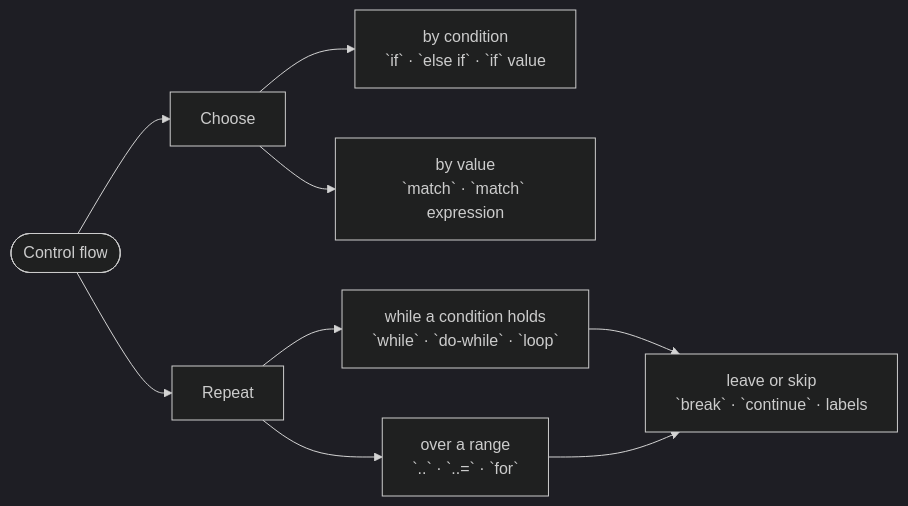
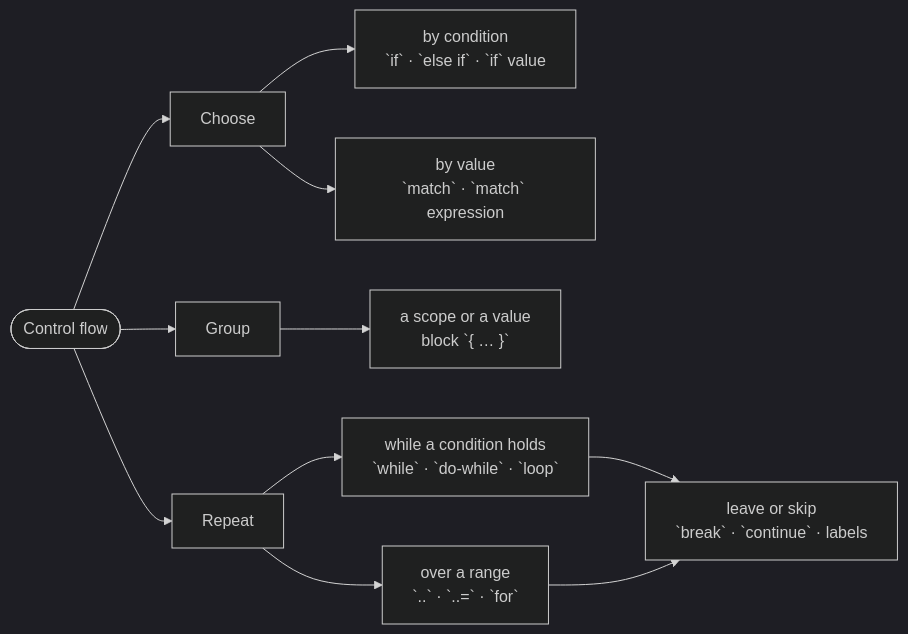
The diagram in content/docs/1.learn/03.control-flow/00.index.md (rux-lang/Web), drawn with Mermaid (dark theme) before and after one commit. The commit also changed other lines of this file and 34 other files, not shown here.

````diff
--- a/content/docs/1.learn/03.control-flow/00.index.md
+++ b/content/docs/1.learn/03.control-flow/00.index.md
@@ -24,11 +25,13 @@
 ```mermaid
 flowchart LR
     cf(["Control flow"]) --> choose["Choose"]
     cf --> repeat["Repeat"]
     choose --> by_cond["by condition<br/>`if` · `else if` · `if` value"]
     choose --> by_value["by value<br/>`match` · `match` expression"]
+    cf --> group["Group"]
+    group --> blocks["a scope or a value<br/>block `{ … }`"]
     repeat --> by_test["while a condition holds<br/>`while` · `do-while` · `loop`"]
     repeat --> by_range["over a range<br/>`..` · `..=` · `for`"]
     by_test --> jump["leave or skip<br/>`break` · `continue` · labels"]
     by_range --> jump
 ```
````
